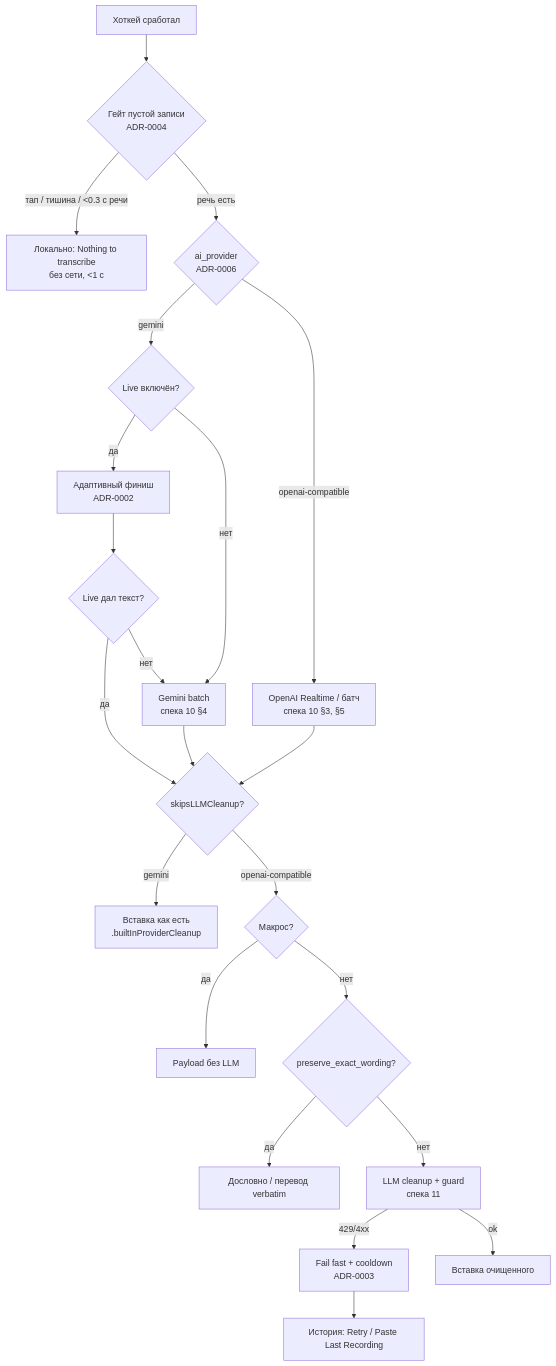
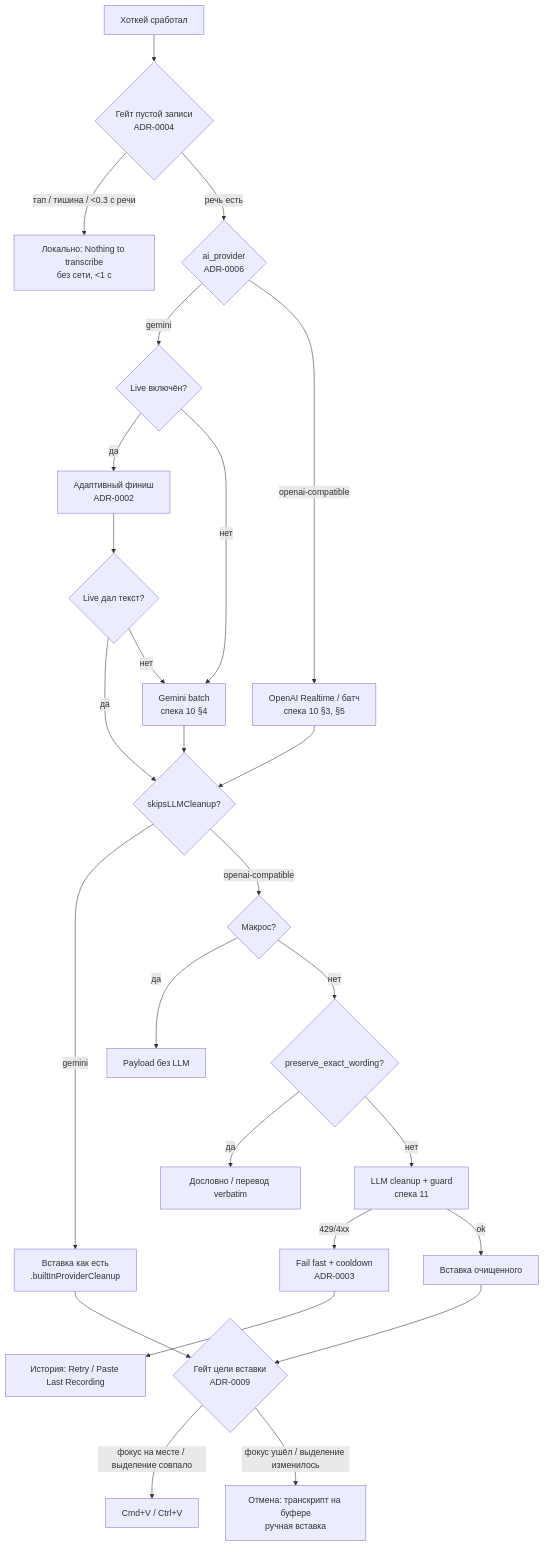
One commit to nick8cyber/OmniFlow changed the diagram in docs/adr/decision-tree.md. Above: the diagram before and after it, drawn with Mermaid. The commit also changed other lines of this file and 11 other files, not shown here.

First line of the commit message:
feat(paste): verify paste target before Cmd+V (ADR-0009)

````diff
--- a/docs/adr/decision-tree.md
+++ b/docs/adr/decision-tree.md
@@ -7,24 +7,28 @@
 ```mermaid
 flowchart TD
     S[Хоткей сработал] --> G{Гейт пустой записи<br/>ADR-0004}
     G -- "тап / тишина / <0.3 c речи" --> L[Локально: Nothing to transcribe<br/>без сети, <1 c]
     G -- речь есть --> P{ai_provider<br/>ADR-0006}
     P -- gemini --> LIVE{Live включён?}
     P -- openai-compatible --> RT[OpenAI Realtime / батч<br/>спека 10 §3, §5]
     LIVE -- да --> LF[Адаптивный финиш<br/>ADR-0002]
     LIVE -- нет --> B[Gemini batch<br/>спека 10 §4]
     LF --> R{Live дал текст?}
     R -- да --> C{skipsLLMCleanup?}
     R -- нет --> B
     B --> C
     RT --> C
     C -- "gemini" --> OUT[Вставка как есть<br/>.builtInProviderCleanup]
     C -- openai-compatible --> M{Макрос?}
     M -- да --> OUTM[Payload без LLM]
     M -- нет --> CL{preserve_exact_wording?}
     CL -- да --> OUTW[Дословно / перевод verbatim]
     CL -- нет --> LLM[LLM cleanup + guard<br/>спека 11]
     LLM -- 429/4xx --> FF[Fail fast + cooldown<br/>ADR-0003]
     FF --> RECOVER[История: Retry / Paste Last Recording]
     LLM -- ok --> OUT2[Вставка очищенного]
+    OUT --> GATE{Гейт цели вставки<br/>ADR-0009}
+    OUT2 --> GATE
+    GATE -- "фокус на месте / выделение совпало" --> V[Cmd+V / Ctrl+V]
+    GATE -- "фокус ушёл / выделение изменилось" --> SKIP[Отмена: транскрипт на буфере<br/>ручная вставка]
 ```
````
